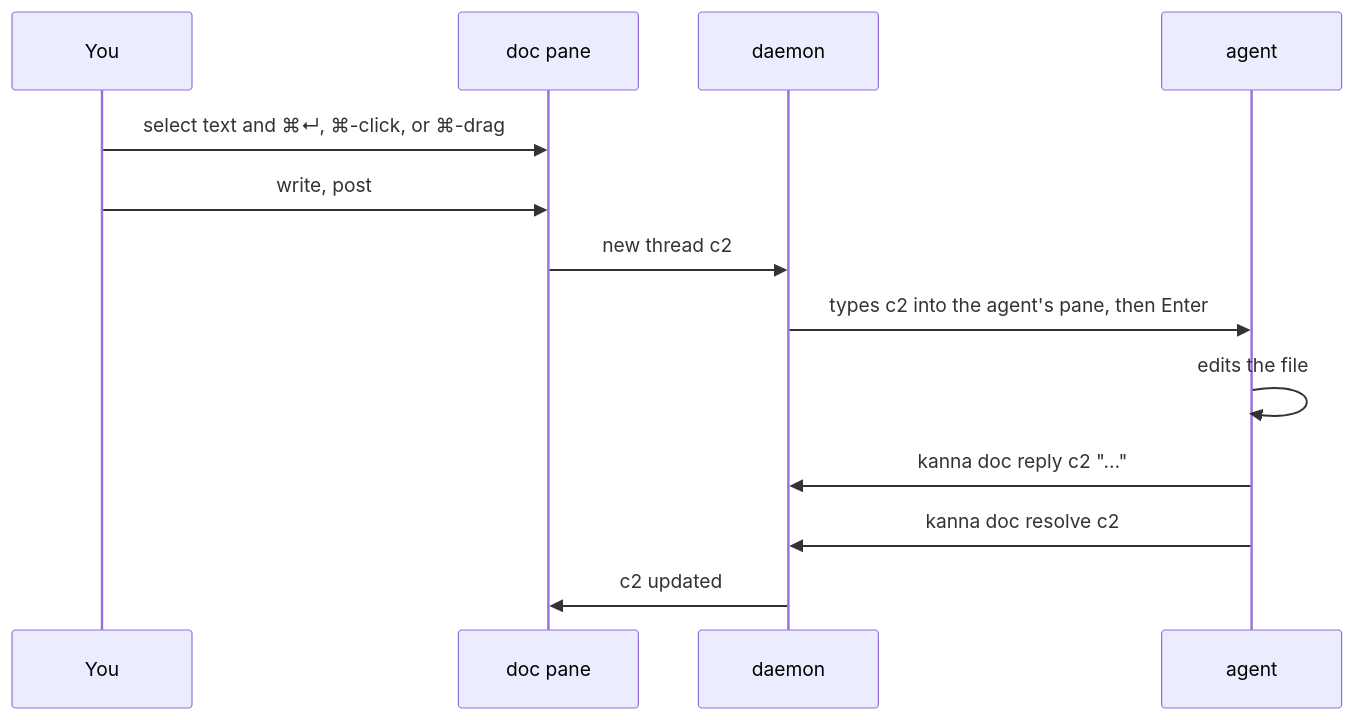
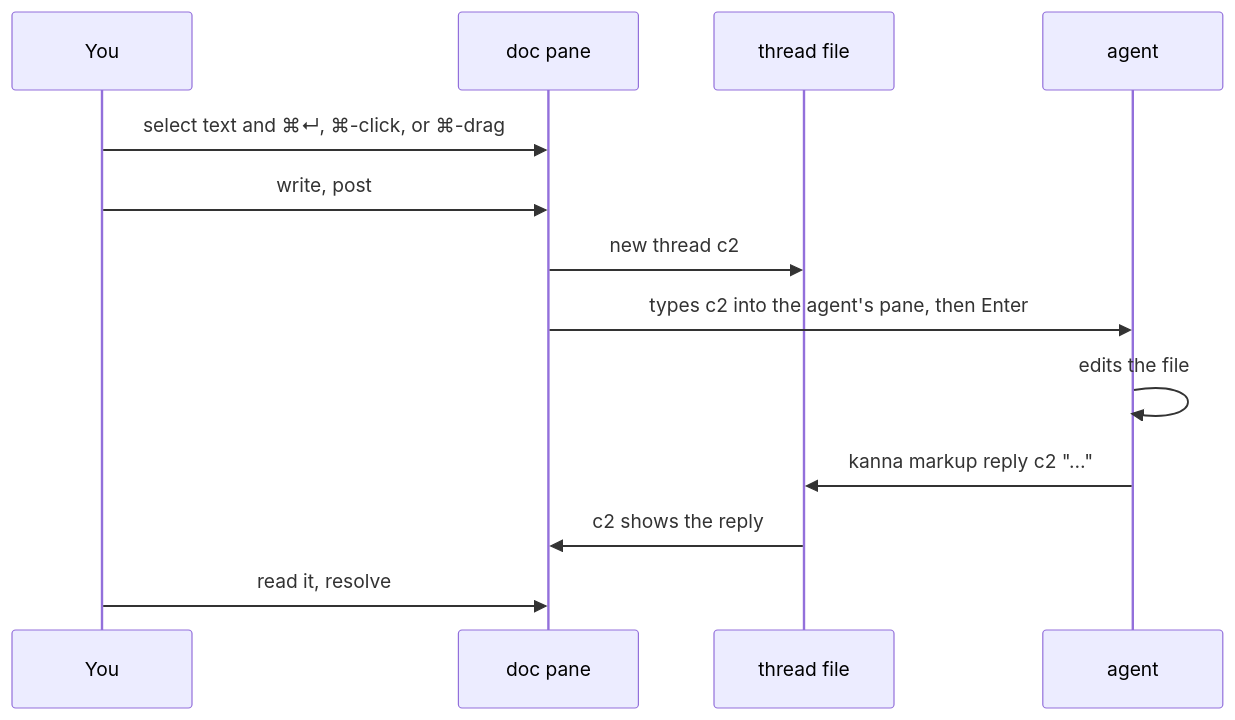
The first of 3 diagrams in docs/specs/doc-markup.md (jemdiggity/kanna-v4), drawn with Mermaid before and after one commit. The commit also changed other lines of this file and 15 other files, not shown here.

Commit message:
kanna markup comments|show|reply|resolve|reopen answer comments natively; the kanna-markup skill replies and leaves threads open for the user to resolve

````diff
--- a/docs/specs/doc-markup.md
+++ b/docs/specs/doc-markup.md
@@ -20,15 +20,15 @@
 ```mermaid
 sequenceDiagram
     participant You
     participant Doc as doc pane
-    participant D as daemon
+    participant F as thread file
     participant A as agent
     You->>Doc: select text and ⌘↵, ⌘-click, or ⌘-drag
     You->>Doc: write, post
-    Doc->>D: new thread c2
-    D->>A: types c2 into the agent's pane, then Enter
+    Doc->>F: new thread c2
+    Doc->>A: types c2 into the agent's pane, then Enter
     A->>A: edits the file
-    A->>D: kanna doc reply c2 "…"
-    A->>D: kanna doc resolve c2
-    D->>Doc: c2 updated
+    A->>F: kanna markup reply c2 "…"
+    F->>Doc: c2 shows the reply
+    You->>Doc: read it, resolve
 ```
````
